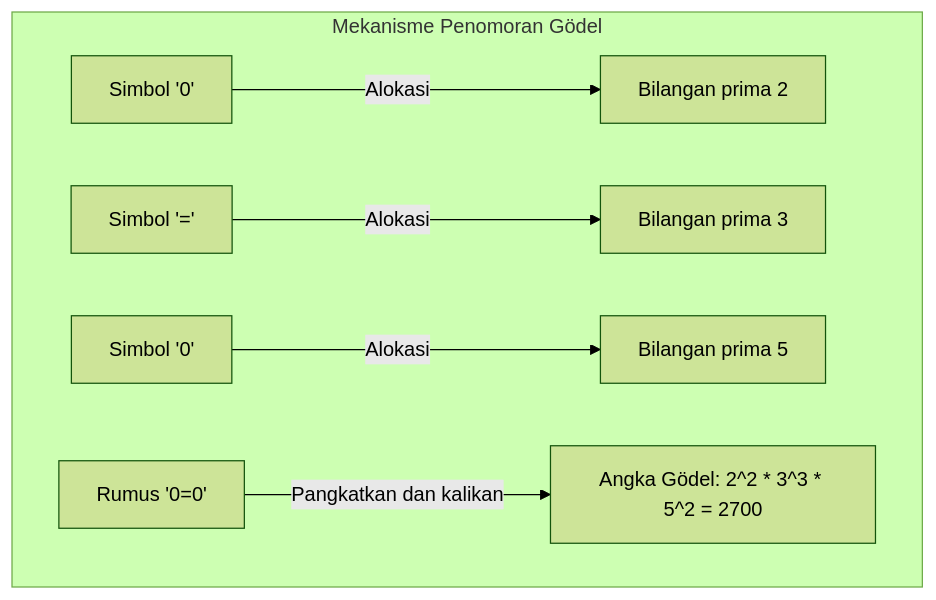
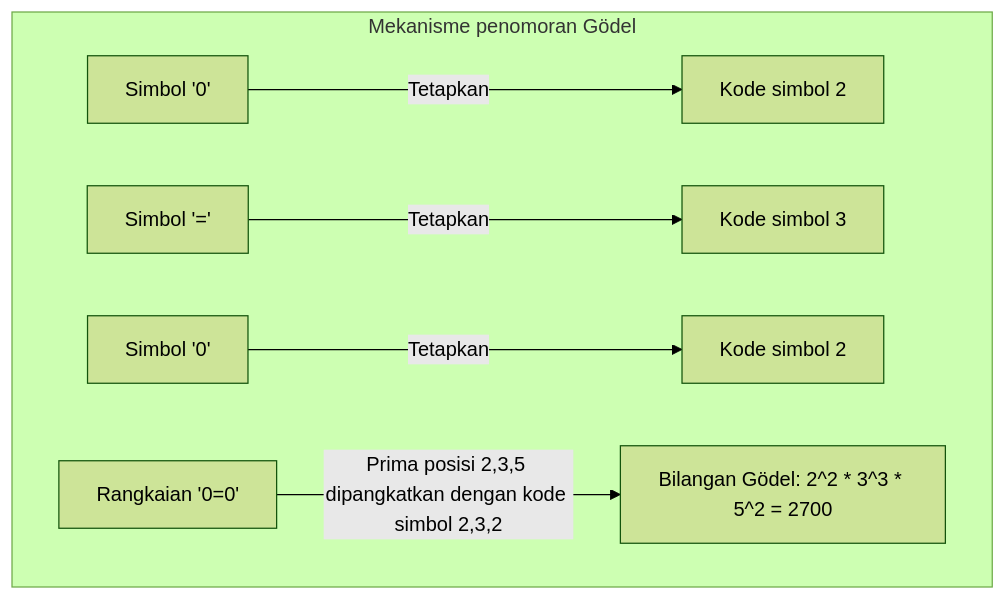
One commit to kenjinote/blog changed the third of 4 diagrams in content/post/godels-incompleteness-theorems/index.id.md. Above: the diagram before and after it, drawn with Mermaid (forest theme). The commit also changed other lines of this file and 11 other files, not shown here.

````diff
--- a/content/post/godels-incompleteness-theorems/index.id.md
+++ b/content/post/godels-incompleteness-theorems/index.id.md
@@ -97,9 +93,9 @@
 ```mermaid
 graph TD
-    subgraph "Mekanisme Penomoran Gödel"
-        S1["Simbol '0'"] -->|"Alokasi"| N1["Bilangan prima 2"]
-        S2["Simbol '='"] -->|"Alokasi"| N2["Bilangan prima 3"]
-        S3["Simbol '0'"] -->|"Alokasi"| N3["Bilangan prima 5"]
-        F["Rumus '0=0'"] -->|"Pangkatkan dan kalikan"| GN["Angka Gödel: 2^2 * 3^3 * 5^2 = 2700"]
+    subgraph "Mekanisme penomoran Gödel"
+        S1["Simbol '0'"] -->|"Tetapkan"| N1["Kode simbol 2"]
+        S2["Simbol '='"] -->|"Tetapkan"| N2["Kode simbol 3"]
+        S3["Simbol '0'"] -->|"Tetapkan"| N3["Kode simbol 2"]
+        F["Rangkaian '0=0'"] -->|"Prima posisi 2,3,5 dipangkatkan dengan kode simbol 2,3,2"| GN["Bilangan Gödel: 2^2 * 3^3 * 5^2 = 2700"]
     end
 ```
````
